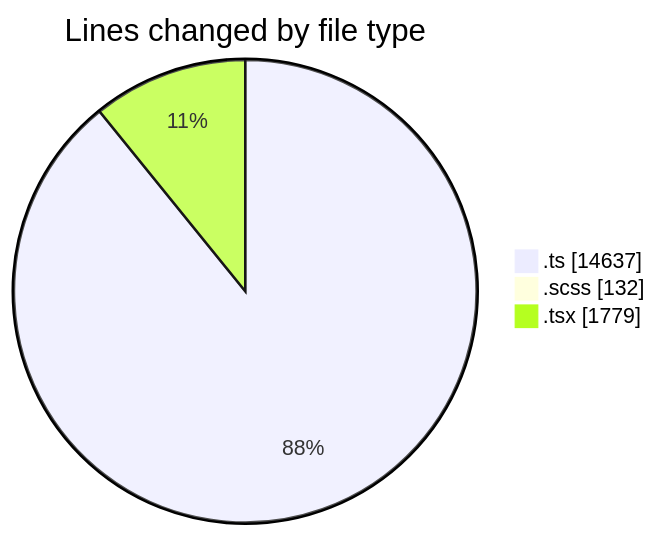
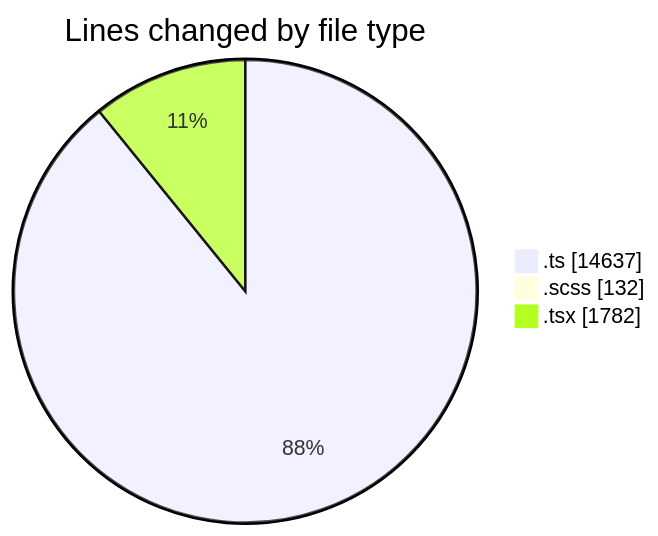
Before and after one commit to momahboobian/code-tracking: the first of 2 diagrams in 2025-08-27/cda/README.md, drawn with Mermaid. The commit also changed other lines of this file and 1 other file, not shown here.

````diff
--- a/2025-08-27/cda/README.md
+++ b/2025-08-27/cda/README.md
@@ -28,7 +28,7 @@
 ```mermaid
 pie showData
 title Lines changed by file type
 ".ts" : 14637
 ".scss" : 132
-".tsx" : 1779
+".tsx" : 1782
 ```
````
